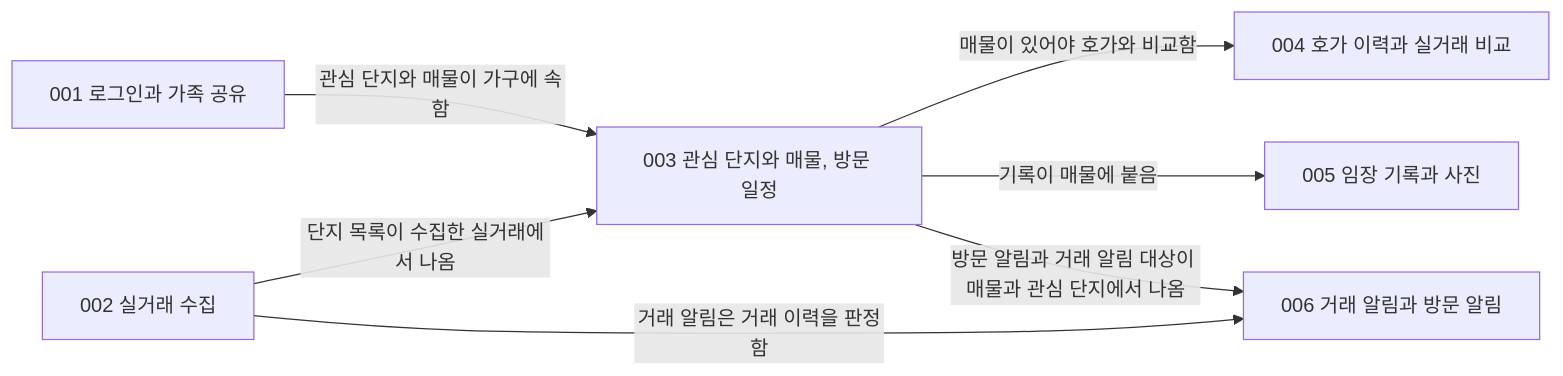
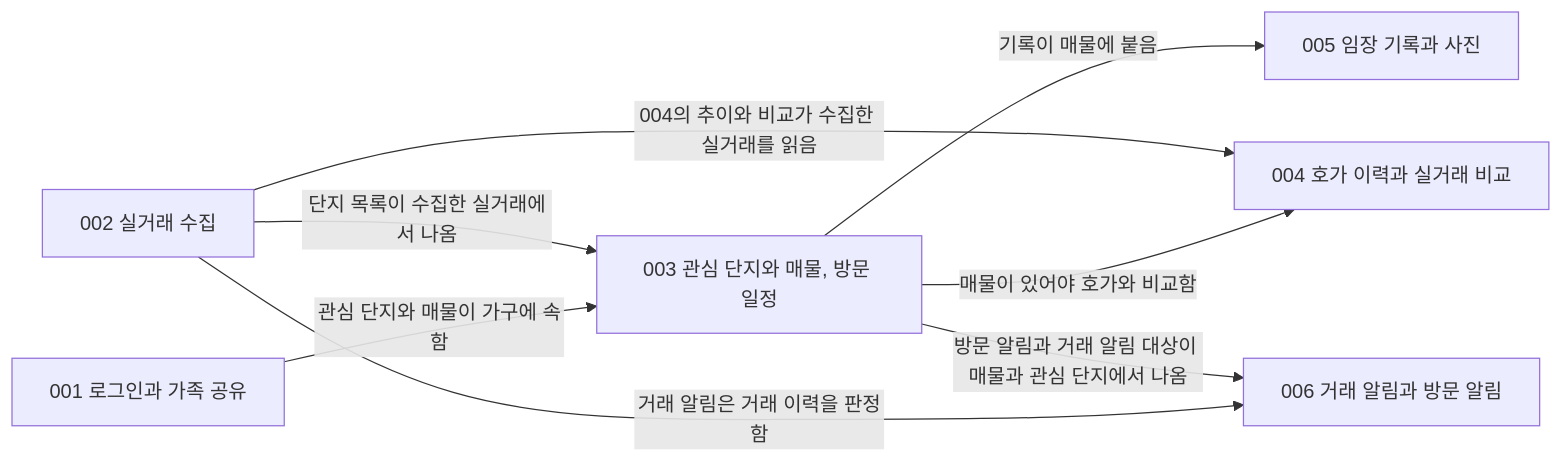
Before and after one commit to Park-Seung-Hun/real-estate: the diagram in docs/backlog.md, drawn with Mermaid. The commit also changed other lines of this file and 16 other files, not shown here.

````diff
--- a/docs/backlog.md
+++ b/docs/backlog.md
@@ -9,16 +9,17 @@
 ```mermaid
 flowchart LR
   f001["001 로그인과 가족 공유"]
   f002["002 실거래 수집"]
   f003["003 관심 단지와 매물, 방문 일정"]
   f004["004 호가 이력과 실거래 비교"]
   f005["005 임장 기록과 사진"]
   f006["006 거래 알림과 방문 알림"]
 
   f001 -->|"관심 단지와 매물이 가구에 속함"| f003
   f002 -->|"단지 목록이 수집한 실거래에서 나옴"| f003
   f003 -->|"매물이 있어야 호가와 비교함"| f004
   f003 -->|"기록이 매물에 붙음"| f005
   f002 -->|"거래 알림은 거래 이력을 판정함"| f006
+  f002 -->|"004의 추이와 비교가 수집한 실거래를 읽음"| f004
   f003 -->|"방문 알림과 거래 알림 대상이 매물과 관심 단지에서 나옴"| f006
 ```
````
